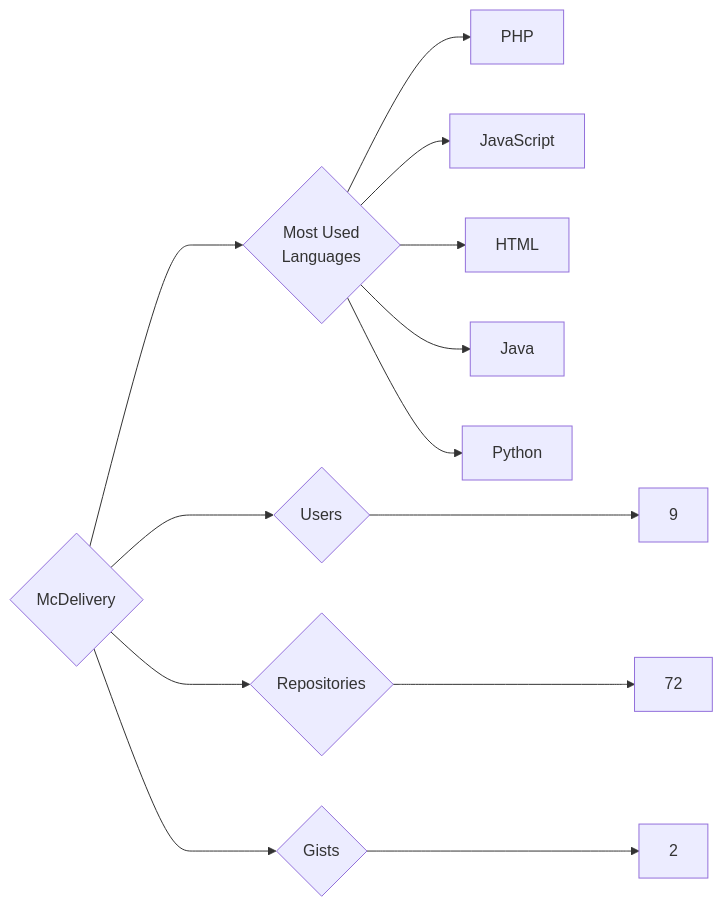
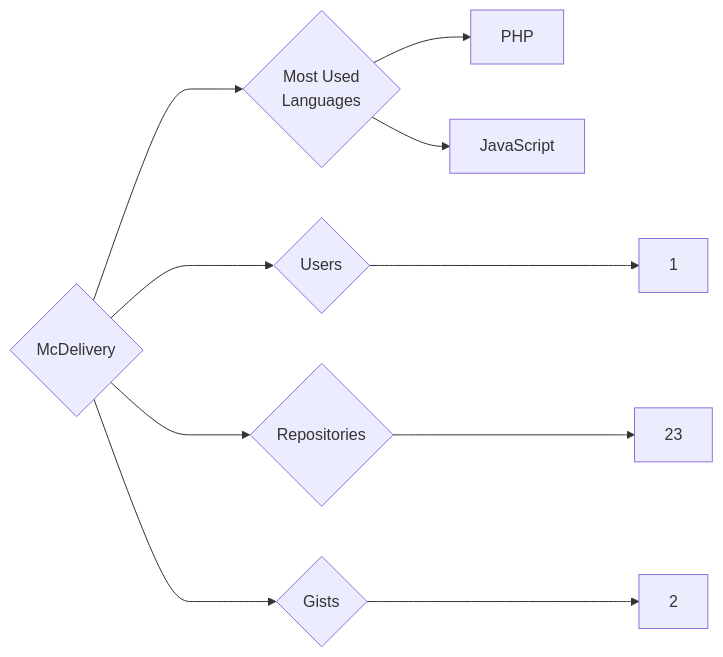
The diagram in targets/McDelivery/README.md (trickest/insiders), drawn with Mermaid before and after one commit. The commit also changed 920 other files, not shown here.

````diff
--- a/targets/McDelivery/README.md
+++ b/targets/McDelivery/README.md
@@ -3,13 +3,10 @@
 ```mermaid
 graph LR
 COMPANY_NAME{McDelivery}
-COMPANY_NAME ---> U{Users} ---> UN[9]
-COMPANY_NAME ---> R{Repositories} ---> RN[72]
+COMPANY_NAME ---> U{Users} ---> UN[1]
+COMPANY_NAME ---> R{Repositories} ---> RN[23]
 COMPANY_NAME ---> G{Gists} ---> GN[2]
 COMPANY_NAME ---> ML{Most Used<br>Languages}
 ML --> PHP[PHP]
 ML --> JavaScript[JavaScript]
-ML --> HTML[HTML]
-ML --> Java[Java]
-ML --> Python[Python]
 ```
````
